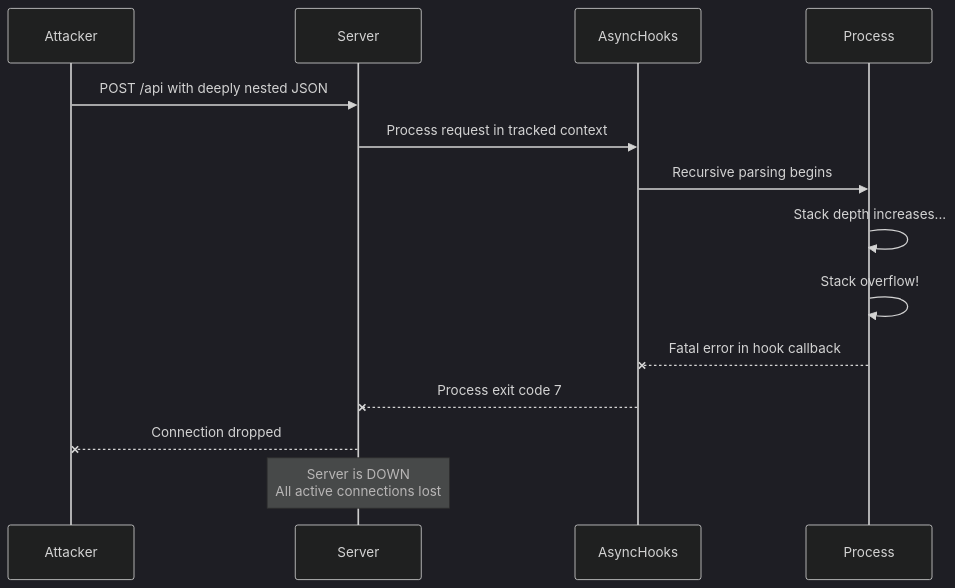
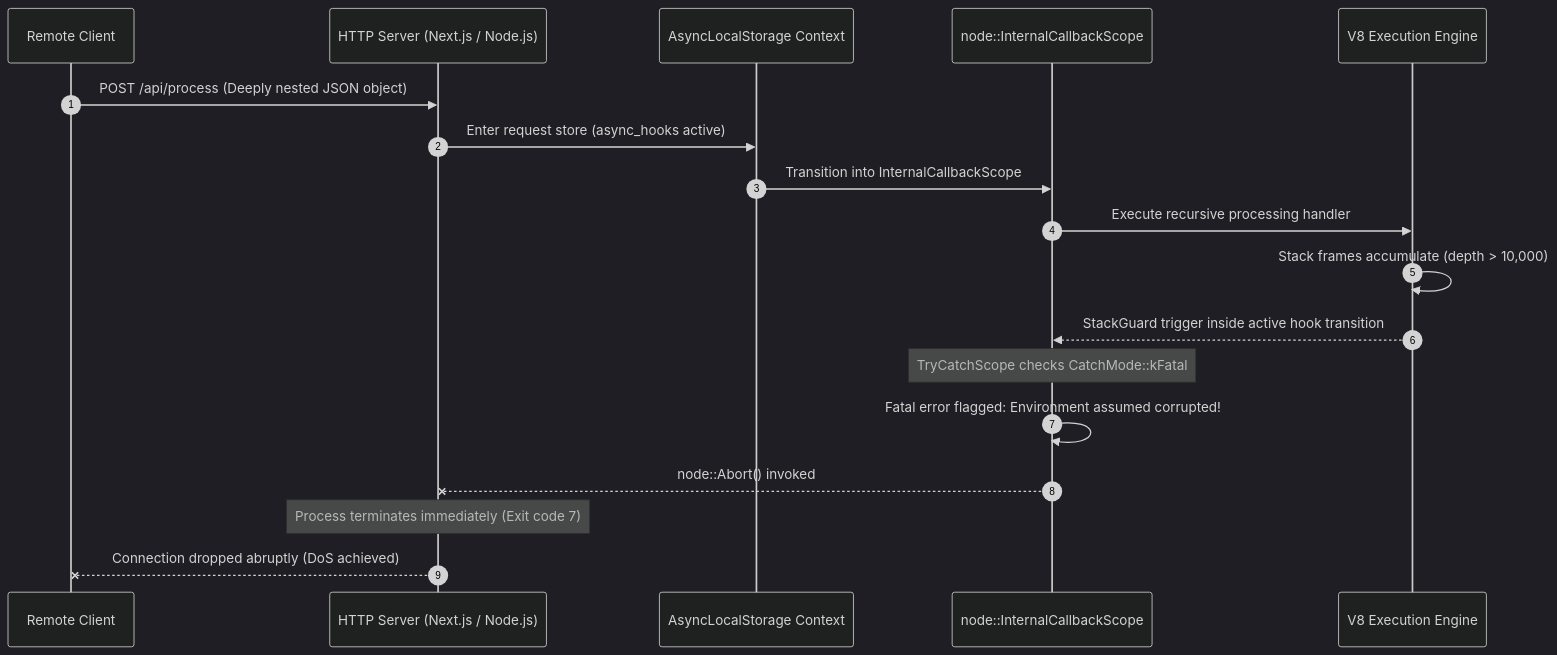
One commit to rsrini7/Learnings changed the second of 2 diagrams in News/Security/Node.js-Async-Hooks-DoS-Vulnerability.md. Above: the diagram before and after it, drawn with Mermaid (dark theme). The commit also changed other lines of this file and 14 other files, not shown here.

Commit message:
docs(security): add security diagrams and update Notepad++ references

````diff
--- a/News/Security/Node.js-Async-Hooks-DoS-Vulnerability.md
+++ b/News/Security/Node.js-Async-Hooks-DoS-Vulnerability.md
@@ -106,19 +77,21 @@
 ```mermaid
 sequenceDiagram
-    participant Attacker
-    participant Server
-    participant AsyncHooks
-    participant Process
-    
-    Attacker->>Server: POST /api with deeply nested JSON
-    Server->>AsyncHooks: Process request in tracked context
-    AsyncHooks->>Process: Recursive parsing begins
-    Process->>Process: Stack depth increases...
-    Process->>Process: Stack overflow!
-    Process--xAsyncHooks: Fatal error in hook callback
-    AsyncHooks--xServer: Process exit code 7
-    Server--xAttacker: Connection dropped
-    
-    Note over Server: Server is DOWN<br/>All active connections lost
+    autonumber
+    participant Attacker as Remote Client
+    participant Server as HTTP Server (Next.js / Node.js)
+    participant ALS as AsyncLocalStorage Context
+    participant Cpp as node::InternalCallbackScope
+    participant V8 as V8 Execution Engine
 
+    Attacker->>Server: POST /api/process (Deeply nested JSON object)
+    Server->>ALS: Enter request store (async_hooks active)
+    ALS->>Cpp: Transition into InternalCallbackScope
+    Cpp->>V8: Execute recursive processing handler
+    V8->>V8: Stack frames accumulate (depth > 10,000)
+    V8-->>Cpp: StackGuard trigger inside active hook transition
+    Note over Cpp: TryCatchScope checks CatchMode::kFatal
+    Cpp->>Cpp: Fatal error flagged: Environment assumed corrupted!
+    Cpp--xServer: node::Abort() invoked
+    Note over Server: Process terminates immediately (Exit code 7)
+    Server--xAttacker: Connection dropped abruptly (DoS achieved)
 ```
````
